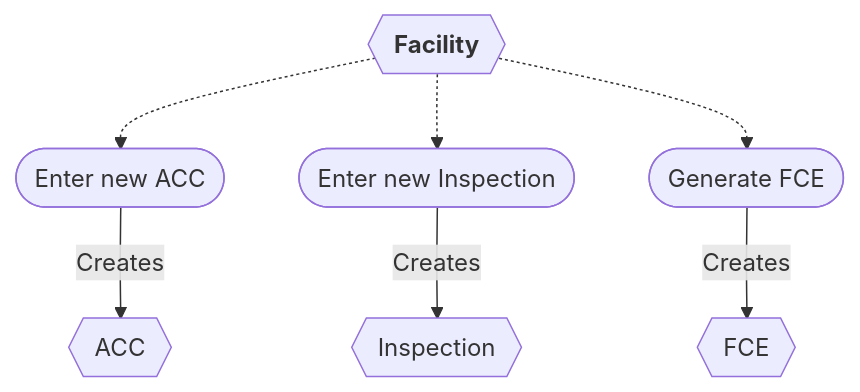
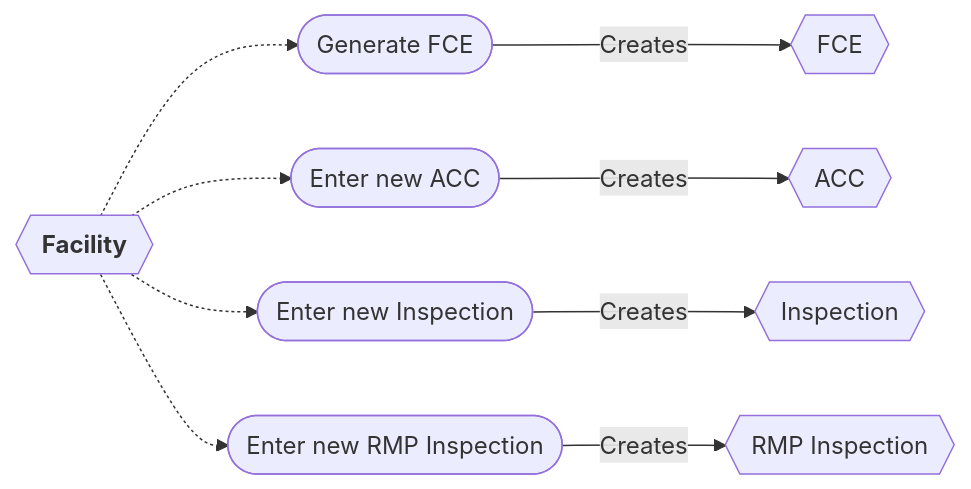
The diagram in docs/Workflows/Facility-workflow.md (gaepdit/air-web), drawn with Mermaid before and after one commit. The commit also changed other lines of this file and 1 other file, not shown here.

Commit message:
Add RMP Inspection workflow

````diff
--- a/docs/Workflows/Facility-workflow.md
+++ b/docs/Workflows/Facility-workflow.md
@@ -7,19 +8,19 @@
 ```mermaid
-flowchart
+flowchart LR
     FAC{{"`**Facility**`"}}
+    FCE{{FCE}}
     ACC{{ACC}}
     INS{{Inspection}}
-    FCE{{FCE}}
+    RMP{{RMP Inspection}}
 
+    fce([Generate FCE])
     acc([Enter new ACC])
     ins([Enter new Inspection])
-    fce([Generate FCE])
+    rmp([Enter new RMP Inspection])
 
-    FAC -.-> acc
-    FAC -.-> ins
-    FAC -.-> fce
+    FAC -.-> fce -->|Creates| FCE
+    FAC -.-> acc -->|Creates| ACC
+    FAC -.-> ins -->|Creates| INS
+    FAC -.-> rmp -->|Creates| RMP
 
-    acc -->|Creates| ACC
-    ins -->|Creates| INS
-    fce -->|Creates| FCE
 ```
````
